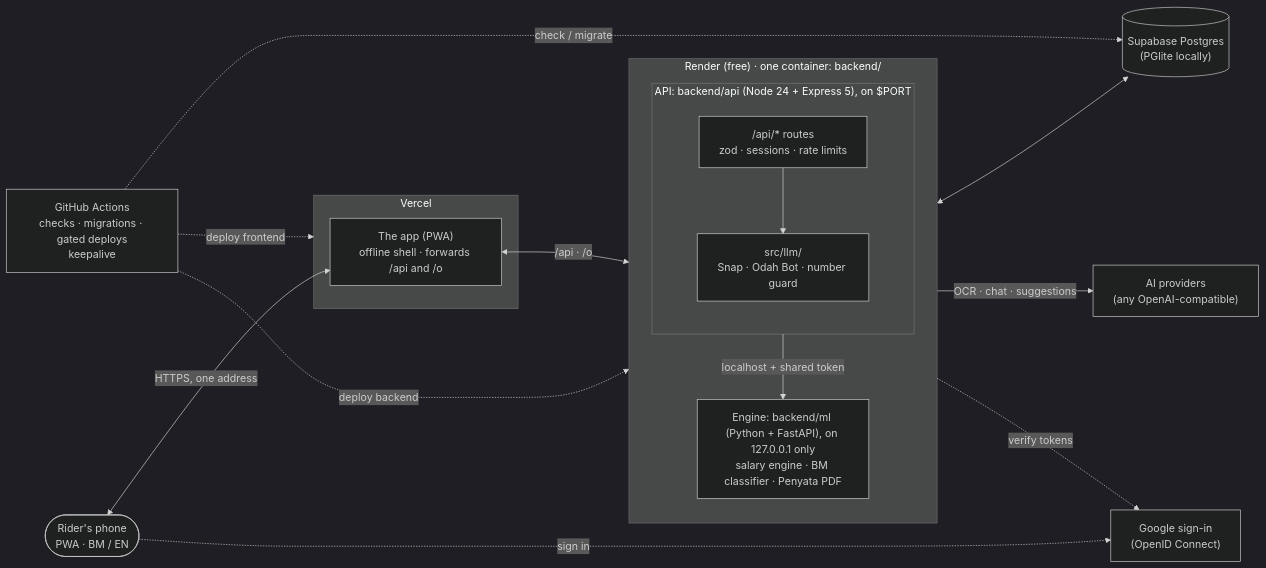
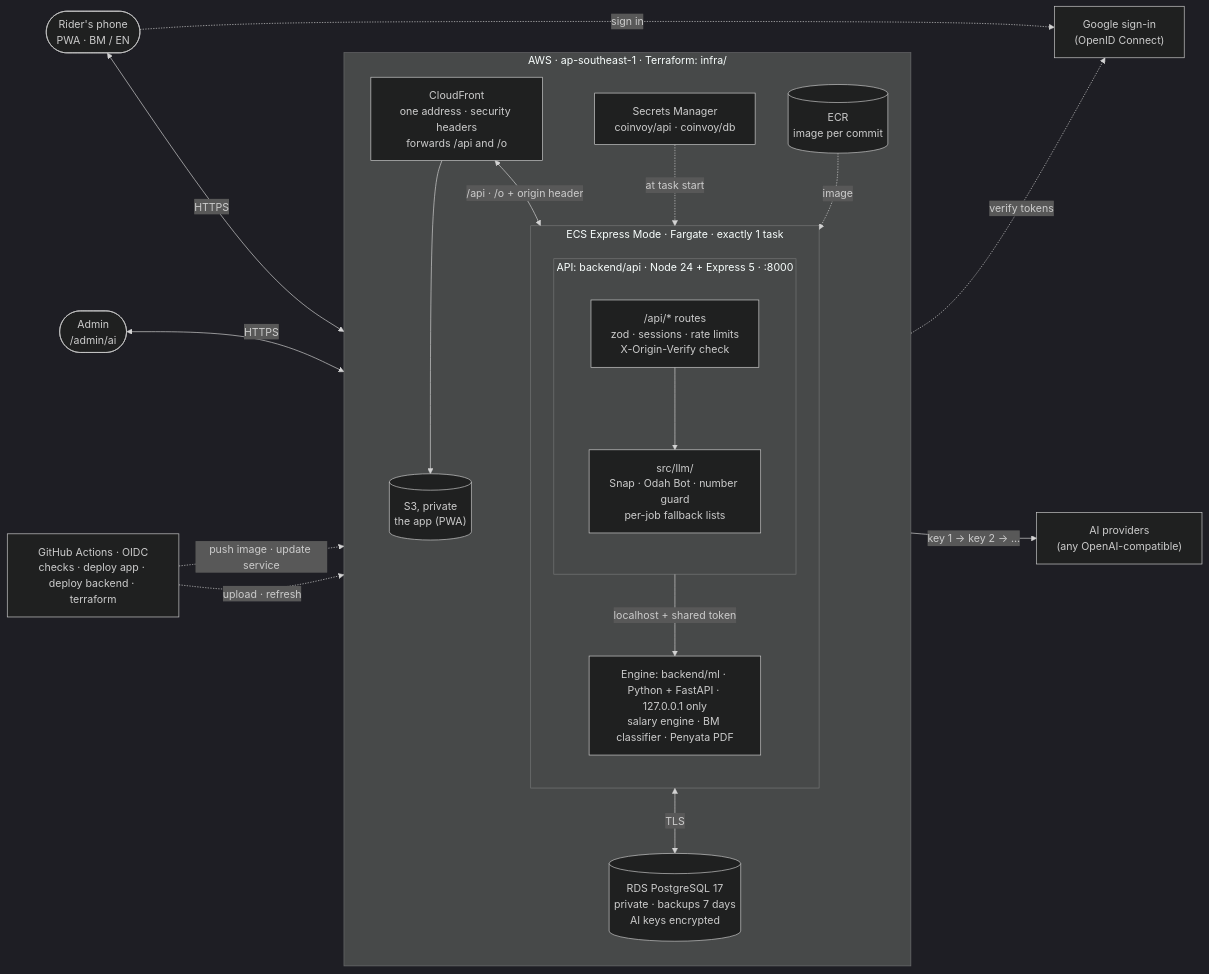
One commit to No0bmazt3r/Team-AI-Don-t-Know-Financial-Inclusion-and-Smart-Economy changed the first of 3 diagrams in README.md. Above: the diagram before and after it, drawn with Mermaid (dark theme). The commit also changed other lines of this file and 43 other files, not shown here.

First line of the commit message:
feat: initialize Coinvoy infrastructure on AWS with Terraform

````diff
--- a/README.md
+++ b/README.md
@@ -268,36 +270,42 @@
 ```mermaid
 flowchart LR
   rider(["Rider's phone<br/>PWA · BM / EN"])
+  admin(["Admin<br/>/admin/ai"])
 
-  subgraph vercel["Vercel"]
-    pwa["The app (PWA)<br/>offline shell · forwards /api and /o"]
+  subgraph aws["AWS · ap-southeast-1 · Terraform: infra/"]
+    direction TB
+    cf["CloudFront<br/>one address · security headers<br/>forwards /api and /o"]
+    s3[("S3, private<br/>the app (PWA)")]
+    subgraph ecs["ECS Express Mode · Fargate · exactly 1 task"]
+      direction TB
+      subgraph web["API: backend/api · Node 24 + Express 5 · :8000"]
+        direction TB
+        routes["/api/* routes<br/>zod · sessions · rate limits<br/>X-Origin-Verify check"]
+        llm["src/llm/<br/>Snap · Odah Bot · number guard<br/>per-job fallback lists"]
+      end
+      ml["Engine: backend/ml · Python + FastAPI · 127.0.0.1 only<br/>salary engine · BM classifier · Penyata PDF"]
+    end
+    db[("RDS PostgreSQL 17<br/>private · backups 7 days<br/>AI keys encrypted")]
+    secrets["Secrets Manager<br/>coinvoy/api · coinvoy/db"]
+    ecr[("ECR<br/>image per commit")]
   end
 
-  subgraph render["Render (free) · one container: backend/"]
-    direction TB
-    subgraph web["API: backend/api (Node 24 + Express 5), on $PORT"]
-      direction TB
-      routes["/api/* routes<br/>zod · sessions · rate limits"]
-      llm["src/llm/<br/>Snap · Odah Bot · number guard"]
-    end
-    ml["Engine: backend/ml (Python + FastAPI), on 127.0.0.1 only<br/>salary engine · BM classifier · Penyata PDF"]
-  end
-
-  db[("Supabase Postgres<br/>(PGlite locally)")]
-
-  actions["GitHub Actions<br/>checks · migrations · gated deploys<br/>keepalive"]
+  actions["GitHub Actions · OIDC<br/>checks · deploy app · deploy backend · terraform"]
   google["Google sign-in<br/>(OpenID Connect)"]
   ai["AI providers<br/>(any OpenAI-compatible)"]
 
-  rider <-->|HTTPS, one address| pwa
-  pwa <-->|/api · /o| routes
-  routes <--> db
+  rider <-->|HTTPS| cf
+  admin <-->|HTTPS| cf
+  cf --> s3
+  cf <-->|/api · /o + origin header| routes
+  secrets -.->|at task start| ecs
+  ecr -.->|image| ecs
+  routes <-->|TLS| db
   routes -->|localhost + shared token| ml
   routes --> llm
-  llm -->|OCR · chat · suggestions| ai
+  llm -->|key 1 → key 2 → …| ai
   rider -.->|sign in| google
   routes -.->|verify tokens| google
-  actions -.->|deploy frontend| vercel
-  actions -.->|deploy backend| render
-  actions -.->|check / migrate| db
+  actions -.->|push image · update service| ecr
+  actions -.->|upload · refresh| s3
 ```
````
